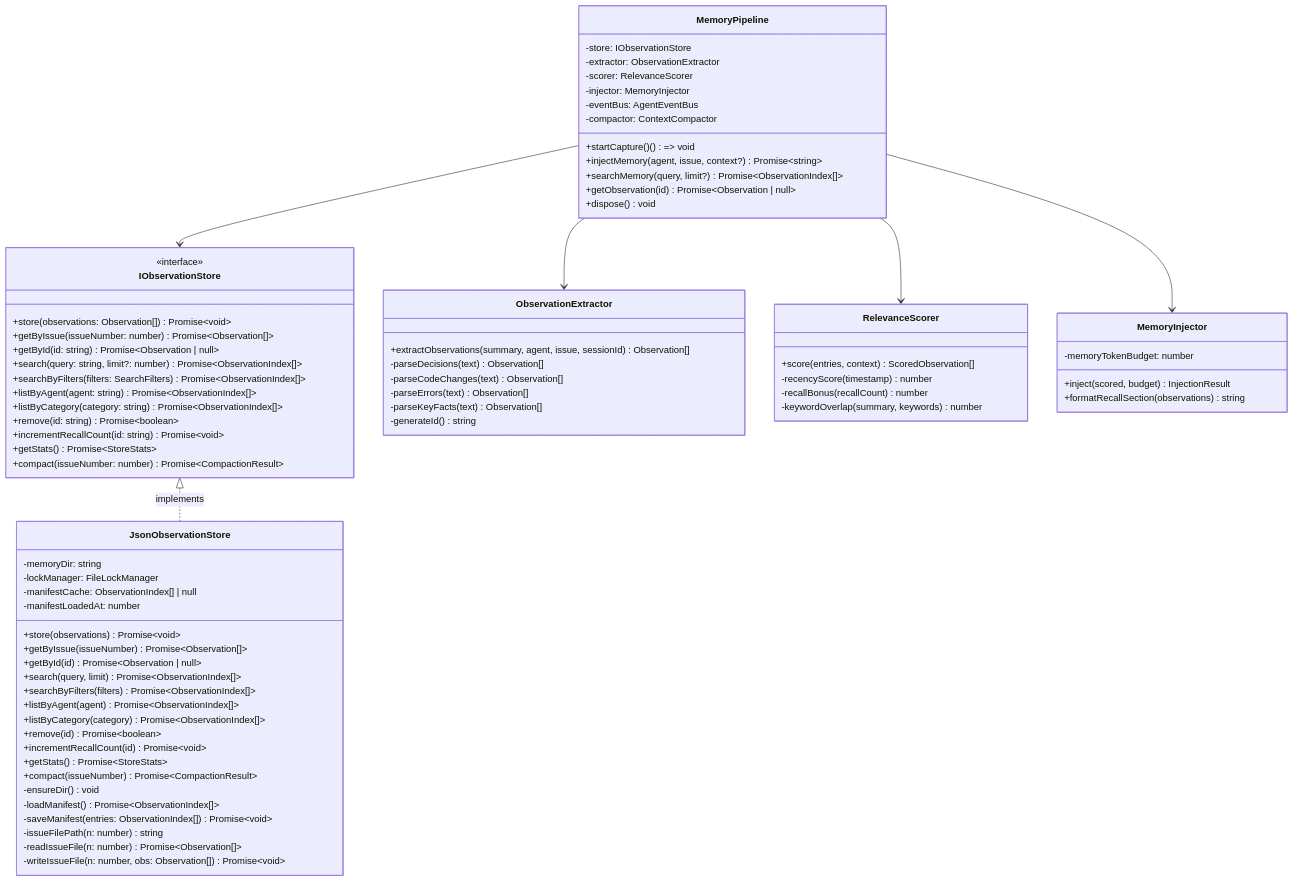
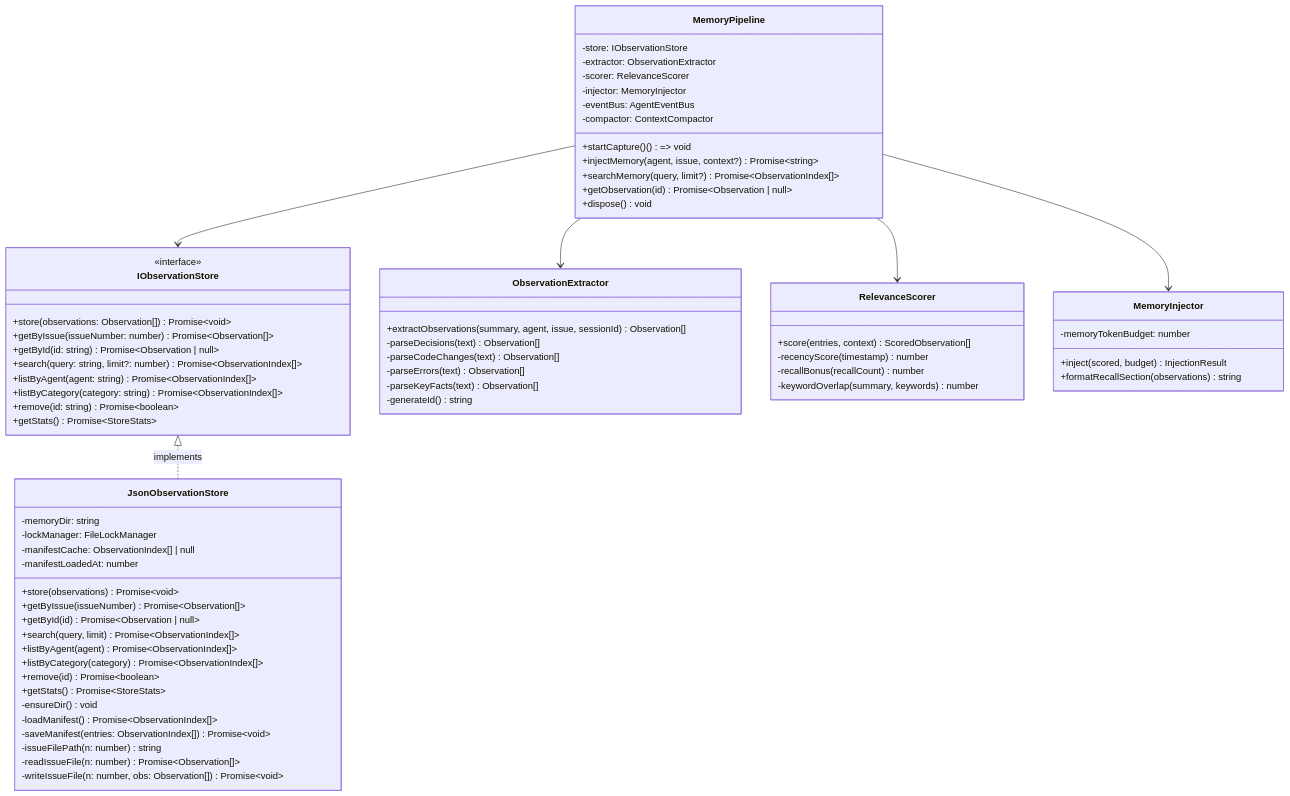
Before and after one commit to jnPiyush/AgentX: the fifth of 16 diagrams in docs/specs/SPEC-29.md, drawn with Mermaid. The commit also changed other lines of this file and 2 other files, not shown here.

Commit message:
refactor: simplify memory pipeline scope for MVP -- close open questions, trim Phase 1 interface, split Phase 2 (#29)

```diff
--- a/docs/specs/SPEC-29.md
+++ b/docs/specs/SPEC-29.md
@@ -259,14 +257,16 @@
         +getByIssue(issueNumber: number) Promise~Observation[]~
         +getById(id: string) Promise~Observation | null~
         +search(query: string, limit?: number) Promise~ObservationIndex[]~
-        +searchByFilters(filters: SearchFilters) Promise~ObservationIndex[]~
         +listByAgent(agent: string) Promise~ObservationIndex[]~
         +listByCategory(category: string) Promise~ObservationIndex[]~
         +remove(id: string) Promise~boolean~
-        +incrementRecallCount(id: string) Promise~void~
         +getStats() Promise~StoreStats~
-        +compact(issueNumber: number) Promise~CompactionResult~
     }
+
+    %% Phase 3 additions (not in v1 interface):
+    %% +searchByFilters(filters: SearchFilters) Promise~ObservationIndex[]~
+    %% +incrementRecallCount(id: string) Promise~void~
+    %% +compact(issueNumber: number) Promise~CompactionResult~
 
     class JsonObservationStore {
         -memoryDir: string
@@ -277,13 +277,10 @@
         +getByIssue(issueNumber) Promise~Observation[]~
         +getById(id) Promise~Observation | null~
         +search(query, limit) Promise~ObservationIndex[]~
-        +searchByFilters(filters) Promise~ObservationIndex[]~
         +listByAgent(agent) Promise~ObservationIndex[]~
         +listByCategory(category) Promise~ObservationIndex[]~
         +remove(id) Promise~boolean~
-        +incrementRecallCount(id) Promise~void~
         +getStats() Promise~StoreStats~
-        +compact(issueNumber) Promise~CompactionResult~
         -ensureDir() void
         -loadManifest() Promise~ObservationIndex[]~
         -saveManifest(entries: ObservationIndex[]) Promise~void~
```
